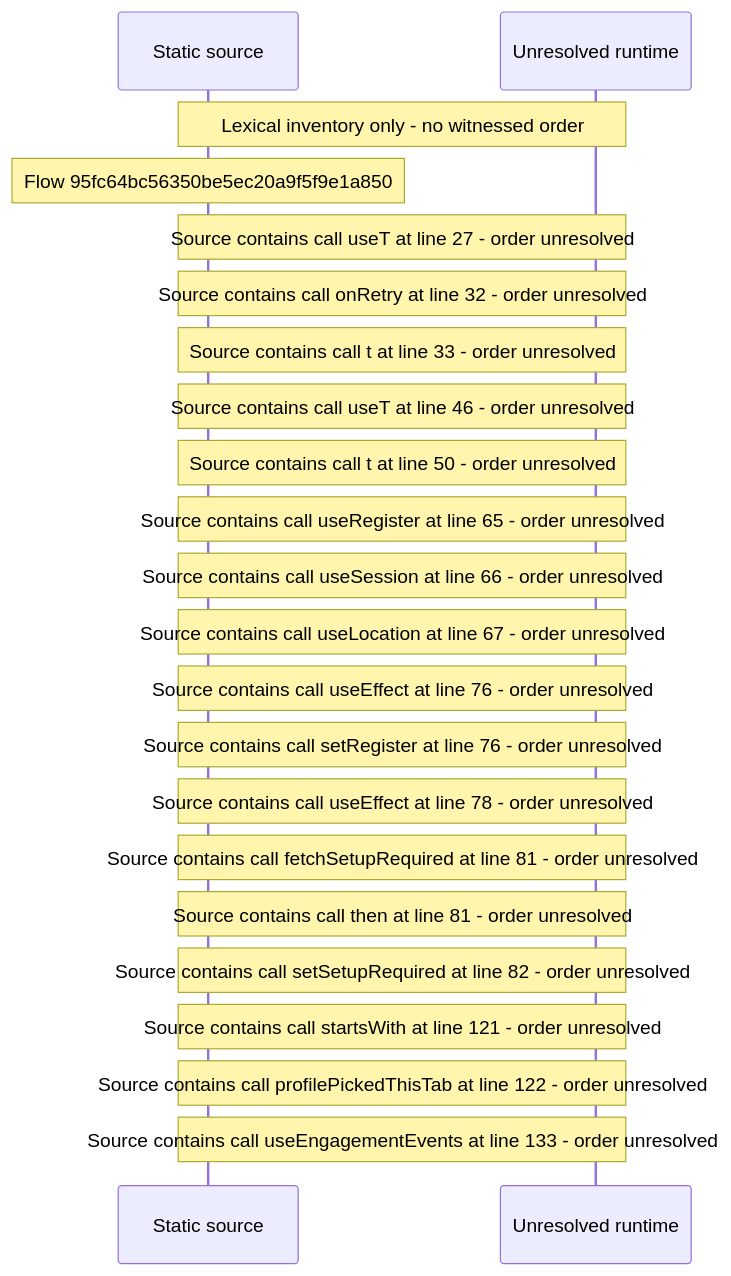
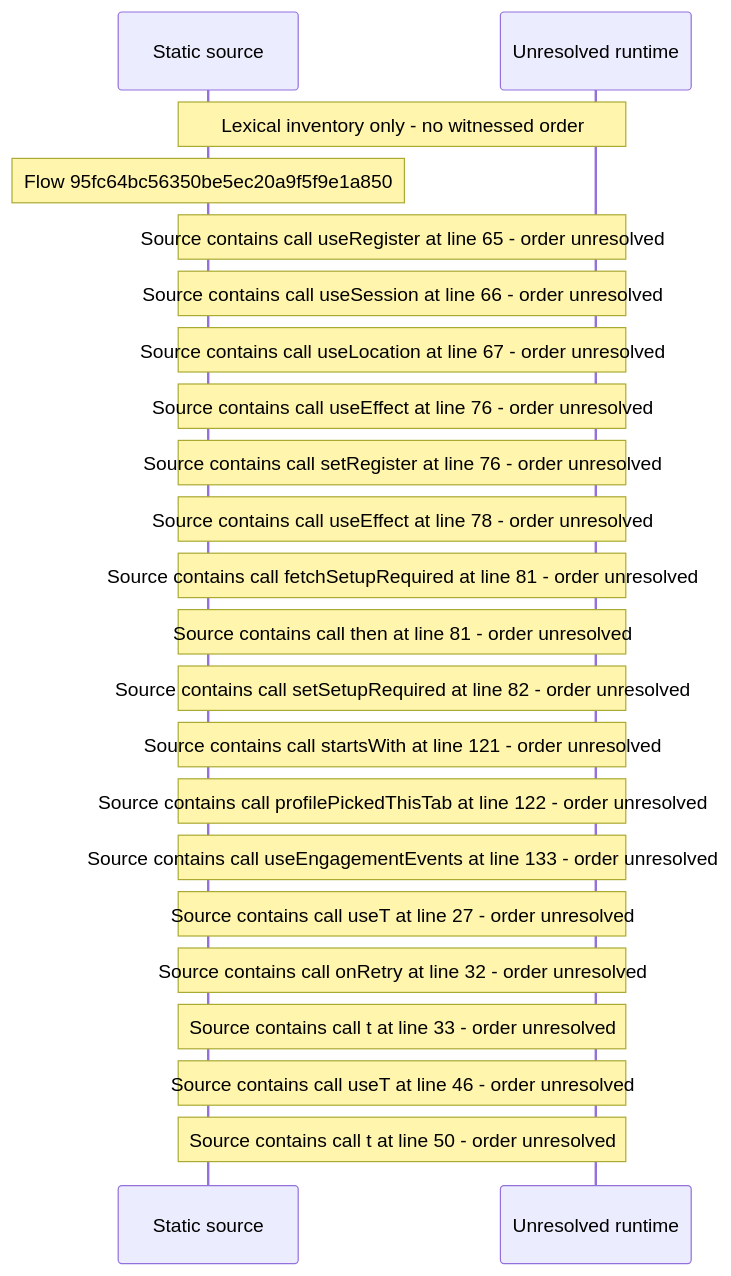
One commit to beamfall/core changed the diagram in docs/web/flows/generated/95fc64bc56350be5ec20a9f5f9e1a850/flow-diagram.md. Above: the diagram before and after it, drawn with Mermaid. The commit also changed other lines of this file and 699 other files, not shown here.

Commit message:
Regenerate the web flow record with flow generator version 5

````diff
--- a/docs/web/flows/generated/95fc64bc56350be5ec20a9f5f9e1a850/flow-diagram.md
+++ b/docs/web/flows/generated/95fc64bc56350be5ec20a9f5f9e1a850/flow-diagram.md
@@ -10,24 +10,24 @@
 ```mermaid
 sequenceDiagram
     participant S as Static source
     participant U as Unresolved runtime
     Note over S,U: Lexical inventory only - no witnessed order
     Note over S: Flow 95fc64bc56350be5ec20a9f5f9e1a850
-    Note over S,U: Source contains call useT at line 27 - order unresolved
-    Note over S,U: Source contains call onRetry at line 32 - order unresolved
-    Note over S,U: Source contains call t at line 33 - order unresolved
-    Note over S,U: Source contains call useT at line 46 - order unresolved
-    Note over S,U: Source contains call t at line 50 - order unresolved
     Note over S,U: Source contains call useRegister at line 65 - order unresolved
     Note over S,U: Source contains call useSession at line 66 - order unresolved
     Note over S,U: Source contains call useLocation at line 67 - order unresolved
     Note over S,U: Source contains call useEffect at line 76 - order unresolved
     Note over S,U: Source contains call setRegister at line 76 - order unresolved
     Note over S,U: Source contains call useEffect at line 78 - order unresolved
     Note over S,U: Source contains call fetchSetupRequired at line 81 - order unresolved
     Note over S,U: Source contains call then at line 81 - order unresolved
     Note over S,U: Source contains call setSetupRequired at line 82 - order unresolved
     Note over S,U: Source contains call startsWith at line 121 - order unresolved
     Note over S,U: Source contains call profilePickedThisTab at line 122 - order unresolved
     Note over S,U: Source contains call useEngagementEvents at line 133 - order unresolved
+    Note over S,U: Source contains call useT at line 27 - order unresolved
+    Note over S,U: Source contains call onRetry at line 32 - order unresolved
+    Note over S,U: Source contains call t at line 33 - order unresolved
+    Note over S,U: Source contains call useT at line 46 - order unresolved
+    Note over S,U: Source contains call t at line 50 - order unresolved
 ```
````
